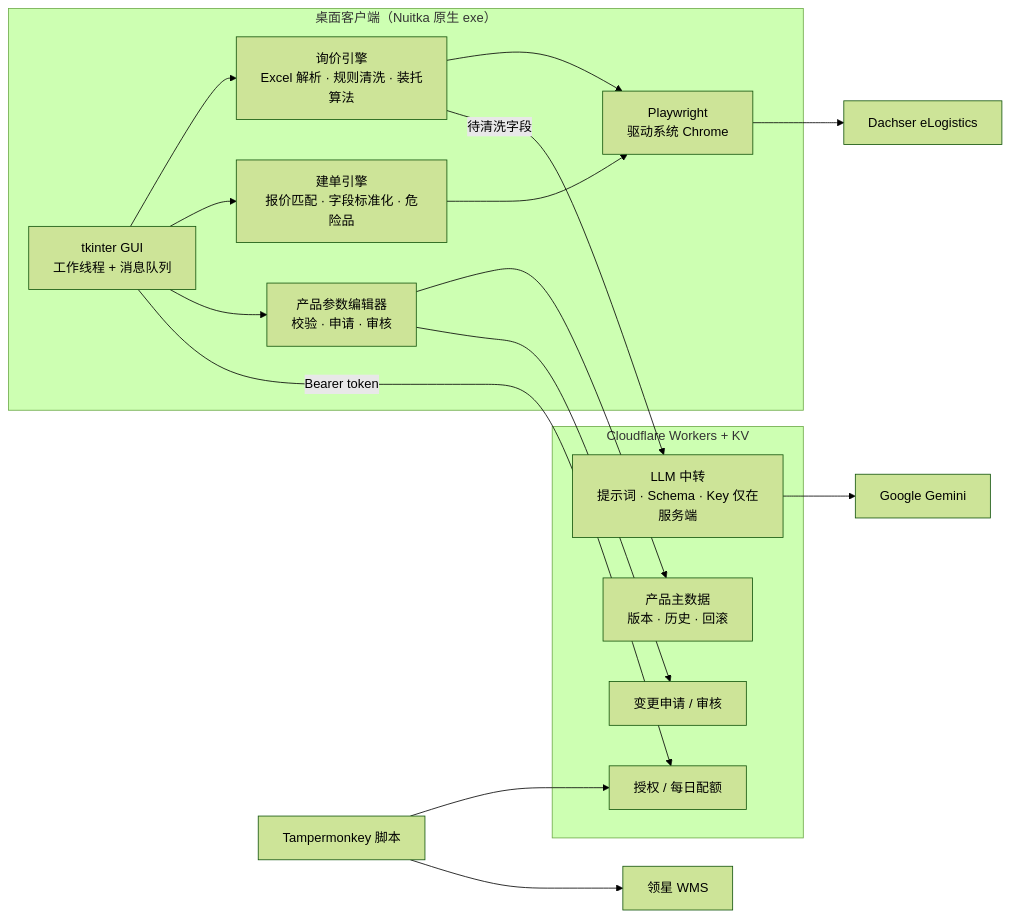
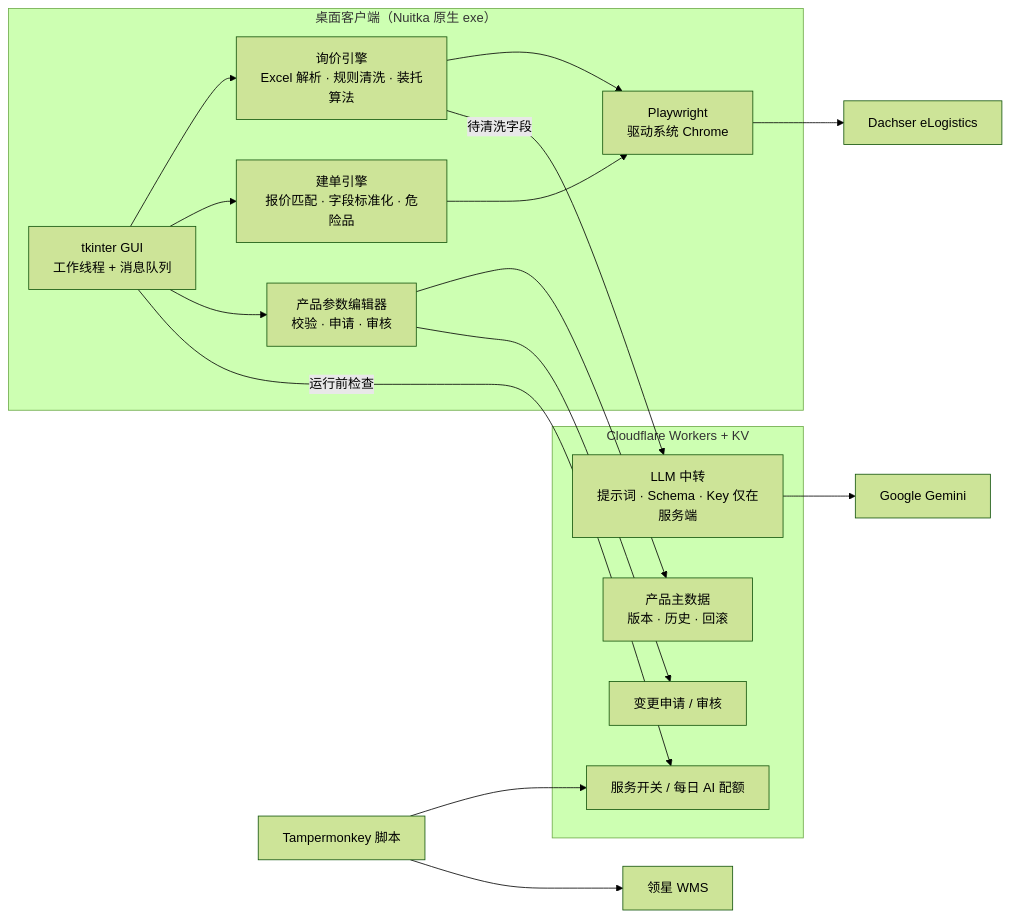
The first of 2 diagrams in README.md (xuLiu925/AutomationWareHouse), drawn with Mermaid (forest theme) before and after one commit. The commit also changed other lines of this file and 16 other files, not shown here.

````diff
--- a/README.md
+++ b/README.md
@@ -87,31 +91,31 @@
 ```mermaid
 flowchart LR
     subgraph Client["桌面客户端（Nuitka 原生 exe）"]
         GUI["tkinter GUI<br/>工作线程 + 消息队列"]
         Q["询价引擎<br/>Excel 解析 · 规则清洗 · 装托算法"]
         O["建单引擎<br/>报价匹配 · 字段标准化 · 危险品"]
         E["产品参数编辑器<br/>校验 · 申请 · 审核"]
         PW["Playwright<br/>驱动系统 Chrome"]
         GUI --> Q & O & E
         Q & O --> PW
     end
 
     subgraph Cloud["Cloudflare Workers + KV"]
-        AUTH["授权 / 每日配额"]
+        AUTH["服务开关 / 每日 AI 配额"]
         AI["LLM 中转<br/>提示词 · Schema · Key 仅在服务端"]
         PRD["产品主数据<br/>版本 · 历史 · 回滚"]
         REV["变更申请 / 审核"]
     end
 
     Gemini["Google Gemini"]
     Portal["Dachser eLogistics"]
     WMS["领星 WMS"]
     TM["Tampermonkey 脚本"]
 
     PW --> Portal
-    GUI -- Bearer token --> AUTH
+    GUI -- 运行前检查 --> AUTH
     Q -- 待清洗字段 --> AI --> Gemini
     E --> PRD & REV
     TM --> AUTH
     TM --> WMS
 ```
````
